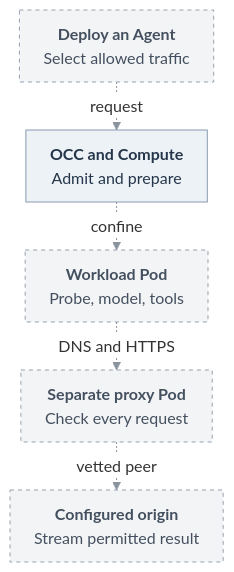
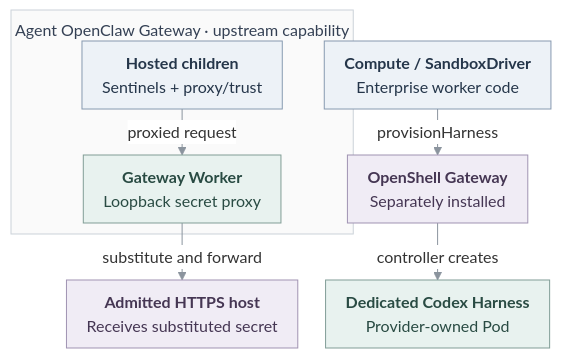
One commit to IsaiahStapleton/openclaw-enterprise changed the diagram in specs/31-basic-egress-proxy.md. Above: the diagram before and after it, drawn with Mermaid. The commit also changed other lines of this file and 6 other files, not shown here.

````diff
--- a/specs/31-basic-egress-proxy.md
+++ b/specs/31-basic-egress-proxy.md
@@ -72,30 +56,40 @@
 ```mermaid
 ---
 config:
   theme: base
   htmlLabels: true
   themeVariables:
     fontSize: 16px
     lineColor: "#8B949E"
     edgeLabelBackground: "#FFFFFF"
   flowchart:
     curve: linear
-    rankSpacing: 24
-    padding: 12
+    nodeSpacing: 22
+    rankSpacing: 22
+    padding: 10
+    subGraphTitleMargin:
+      top: 8
+      bottom: 12
 ---
 flowchart TB
-  User["<b>Deploy an Agent</b><br/>Select allowed traffic"]
-  Admit["<b>OCC and Compute</b><br/>Admit and prepare"]
-  Agent["<b>Workload Pod</b><br/>Probe, model, tools"]
-  Proxy["<b>Separate proxy Pod</b><br/>Check every request"]
-  Origin["<b>Configured origin</b><br/>Stream permitted result"]
-  User -.->|request| Admit
-  Admit -.->|confine| Agent
-  Agent -.->|DNS and HTTPS| Proxy
-  Proxy -.->|vetted peer| Origin
+  subgraph AgentGateway["Agent OpenClaw Gateway · upstream capability"]
+    Child["<b>Hosted children</b><br/>Sentinels + proxy/trust"]
+    Worker["<b>Gateway Worker</b><br/>Loopback secret proxy"]
+    Child -->|proxied request| Worker
+  end
+  Destination["<b>Admitted HTTPS host</b><br/>Receives substituted secret"]
+  Driver["<b>Compute / SandboxDriver</b><br/>Enterprise worker code"]
+  OpenShell["<b>OpenShell Gateway</b><br/>Separately installed"]
+  Harness["<b>Dedicated Codex Harness</b><br/>Provider-owned Pod"]
+  Worker -->|substitute and forward| Destination
+  Driver -->|provisionHarness| OpenShell
+  OpenShell -->|controller creates| Harness
   classDef owner fill:#EDF2F7,stroke:#879AB0,color:#25364A,stroke-width:1px
-  classDef pending fill:#F3F4F6,stroke:#98A2AE,color:#44505F,stroke-width:1px,stroke-dasharray:4 4
-  class Admit owner
-  class User,Agent,Proxy,Origin pending
+  classDef protected fill:#E8F2EF,stroke:#819D96,color:#294B43,stroke-width:1px
+  classDef external fill:#F0ECF5,stroke:#A093B2,color:#453653,stroke-width:1px
+  class Child,Driver owner
+  class Worker,Harness protected
+  class OpenShell,Destination external
+  style AgentGateway fill:#FAFAFA,stroke:#CBD2D9,color:#344054
   linkStyle default stroke:#8B949E,stroke-width:1px
 ```
````
